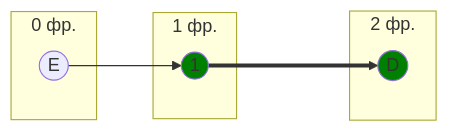
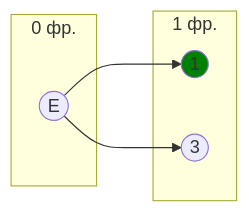
The ninth of 12 diagrams in Задание 8/slaaay.md (algos-ris-24-4/manual-tasks), drawn with Mermaid before and after one commit. The commit also changed other lines of this file, not shown here.

````diff
--- a/Задание 8/slaaay.md
+++ b/Задание 8/slaaay.md
@@ -292,16 +303,14 @@
 ```mermaid
 graph LR
     subgraph " 0 фр."
         E((E))
     end
     subgraph " 1 фр."
         1((1))
+        3((3))
     end
-    subgraph " 2 фр."
-        D((D))
-    end
-    E --> 1 ===> D
+    E --> 1
+    E --> 3
     
-    style D fill:#008000
     style 1 fill:#008000
 ```
````
